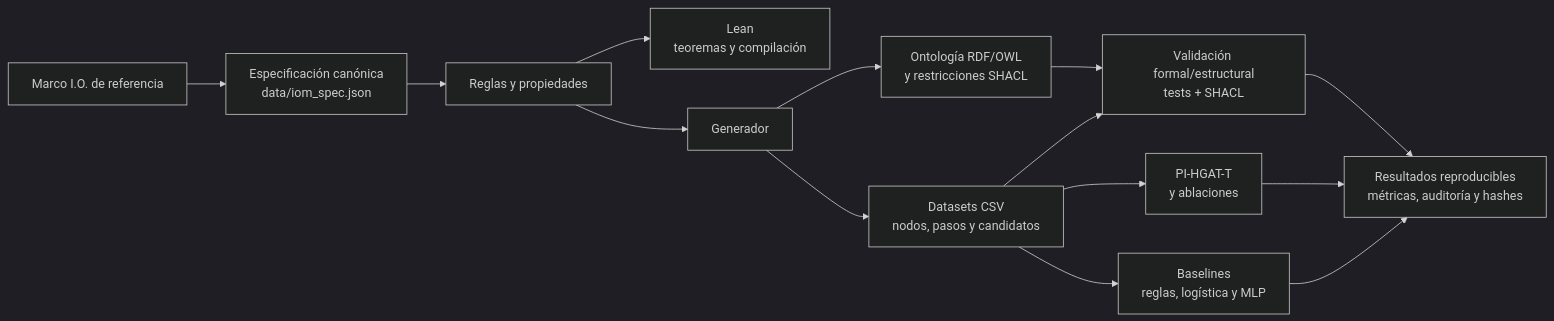
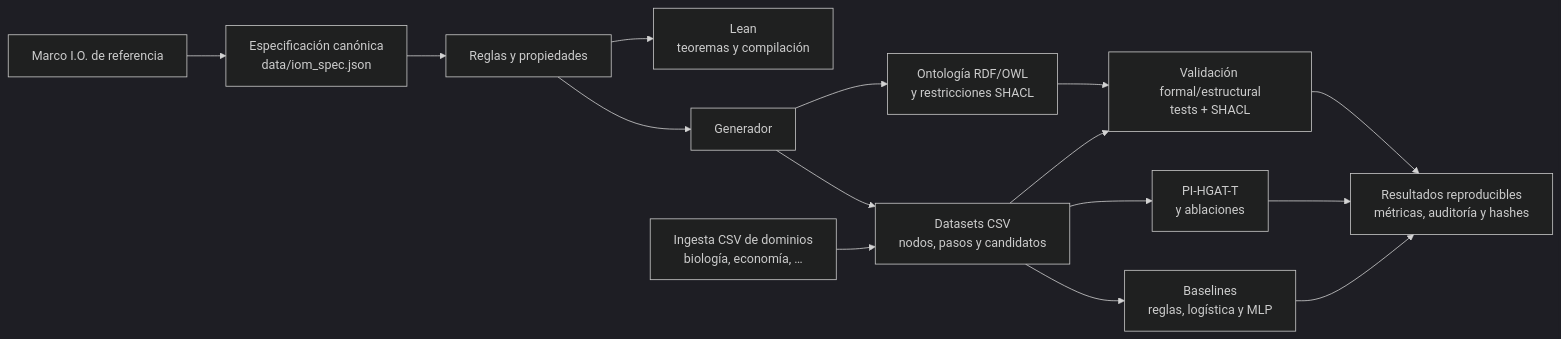
The second of 2 diagrams in README.md (luisreygarciafigueroa-creator/IOM), drawn with Mermaid (dark theme) before and after one commit. The commit also changed other lines of this file and 2 other files, not shown here.

Commit message:
Mejoras de documentación: ejemplo narrativo temprano, justificación metodológica del ML y reposicionamiento central de la ingesta de dominios CSV

````diff
--- a/README.md
+++ b/README.md
@@ -104,16 +153,17 @@
 ```mermaid
 flowchart LR
     A[Marco I.O. de referencia] --> B[Especificación canónica<br/>data/iom_spec.json]
     B --> C[Reglas y propiedades]
     C --> D[Lean<br/>teoremas y compilación]
     C --> E[Generador]
     E --> F[Ontología RDF/OWL<br/>y restricciones SHACL]
     E --> G[Datasets CSV<br/>nodos, pasos y candidatos]
     F --> H[Validación formal/estructural<br/>tests + SHACL]
     G --> H
     G --> I[PI-HGAT-T<br/>y ablaciones]
     G --> J[Baselines<br/>reglas, logística y MLP]
     H --> K[Resultados reproducibles<br/>métricas, auditoría y hashes]
     I --> K
     J --> K
+    L[Ingesta CSV de dominios<br/>biología, economía, …] --> G
 ```
````
